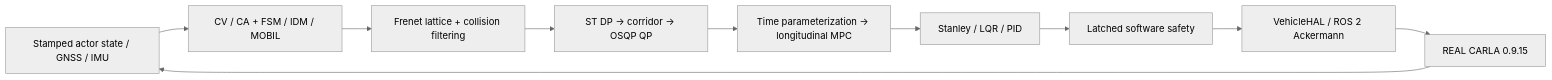
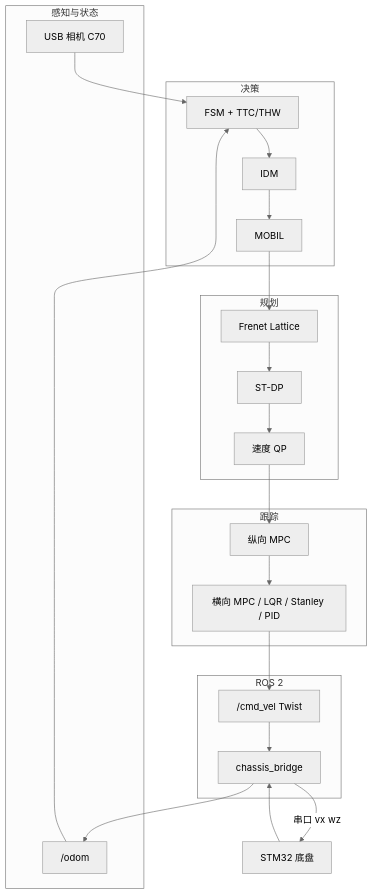
One commit to Leo-7GOAT/FalconPlan changed the first of 2 diagrams in README.md. Above: the diagram before and after it, drawn with Mermaid (neutral theme). The commit also changed other lines of this file and 5 other files, not shown here.

````diff
--- a/README.md
+++ b/README.md
@@ -35,12 +18,39 @@
 ```mermaid
-flowchart LR
- A[Stamped actor state / GNSS / IMU] --> B[CV / CA + FSM / IDM / MOBIL]
- B --> C[Frenet lattice + collision filtering]
- C --> D[ST DP → corridor → OSQP QP]
- D --> E[Time parameterization → longitudinal MPC]
- E --> F[Stanley / LQR / PID]
- F --> G[Latched software safety]
- G --> H[VehicleHAL / ROS 2 Ackermann]
- H --> I[REAL CARLA 0.9.15]
- I --> A
+flowchart TB
+  subgraph sense [感知与状态]
+    cam[USB 相机 C70]
+    odom["/odom"]
+  end
+  subgraph decide [决策]
+    fsm[FSM + TTC/THW]
+    idm[IDM]
+    mobil[MOBIL]
+  end
+  subgraph plan [规划]
+    lat[Frenet Lattice]
+    stdp[ST-DP]
+    qp[速度 QP]
+  end
+  subgraph ctrl [跟踪]
+    lmpc[纵向 MPC]
+    latc[横向 MPC / LQR / Stanley / PID]
+  end
+  subgraph ros [ROS 2]
+    cmd["/cmd_vel Twist"]
+    bridge[chassis_bridge]
+  end
+  cam --> fsm
+  odom --> fsm
+  fsm --> idm
+  idm --> mobil
+  mobil --> lat
+  lat --> stdp
+  stdp --> qp
+  qp --> lmpc
+  lmpc --> latc
+  latc --> cmd
+  cmd --> bridge
+  bridge -->|串口 vx wz| stm[STM32 底盘]
+  stm --> bridge
+  bridge --> odom
 ```
````
